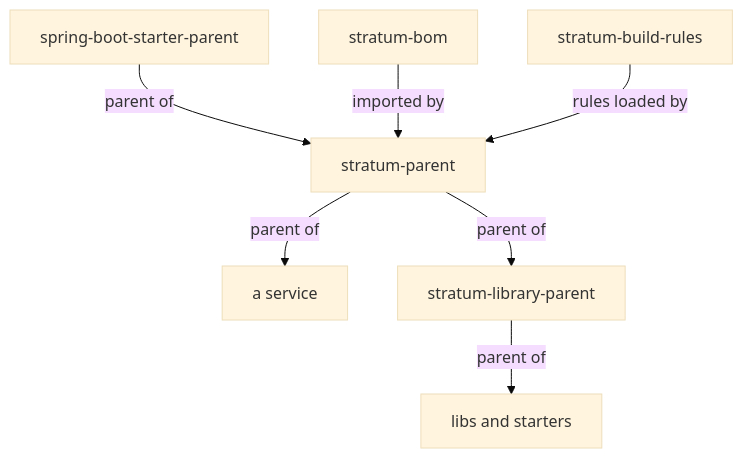
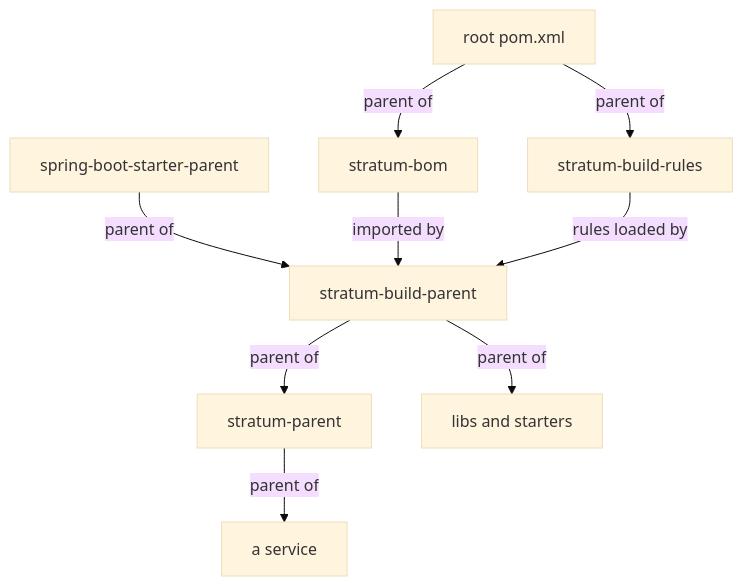
Before and after one commit to exepex/stratum: the first of 2 diagrams in docs/guides/architecture.md, drawn with Mermaid (base theme). The commit also changed other lines of this file and 29 other files, not shown here.

````diff
--- a/docs/guides/architecture.md
+++ b/docs/guides/architecture.md
@@ -67,9 +77,11 @@
 ```mermaid
 flowchart TD
-    SB[spring-boot-starter-parent] -->|parent of| SP[stratum-parent]
-    BOM[stratum-bom] -->|imported by| SP
-    BR[stratum-build-rules] -->|rules loaded by| SP
+    SB[spring-boot-starter-parent] -->|parent of| BP[stratum-build-parent]
+    BOM[stratum-bom] -->|imported by| BP
+    BR[stratum-build-rules] -->|rules loaded by| BP
+    BP -->|parent of| SP[stratum-parent]
+    BP -->|parent of| LIBS[libs and starters]
     SP -->|parent of| SVC[a service]
-    SP -->|parent of| LP[stratum-library-parent]
-    LP -->|parent of| LIBS[libs and starters]
+    ROOT[root pom.xml] -->|parent of| BOM
+    ROOT -->|parent of| BR
 ```
````
